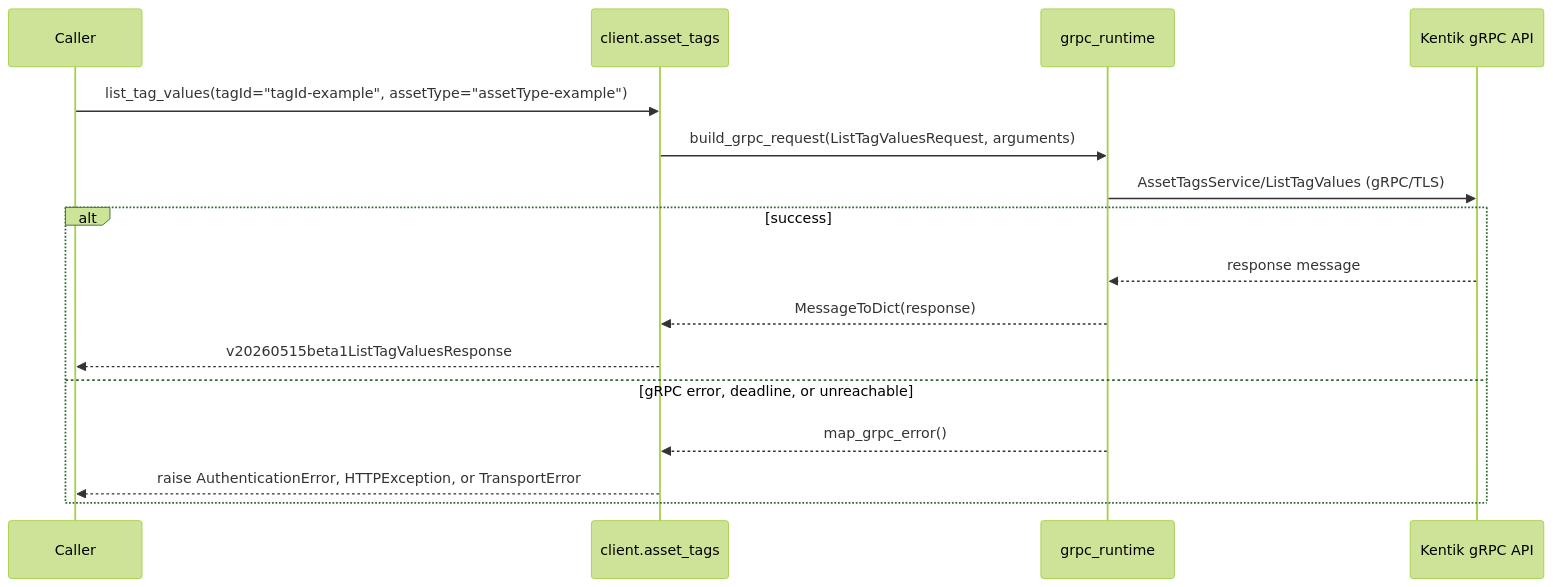
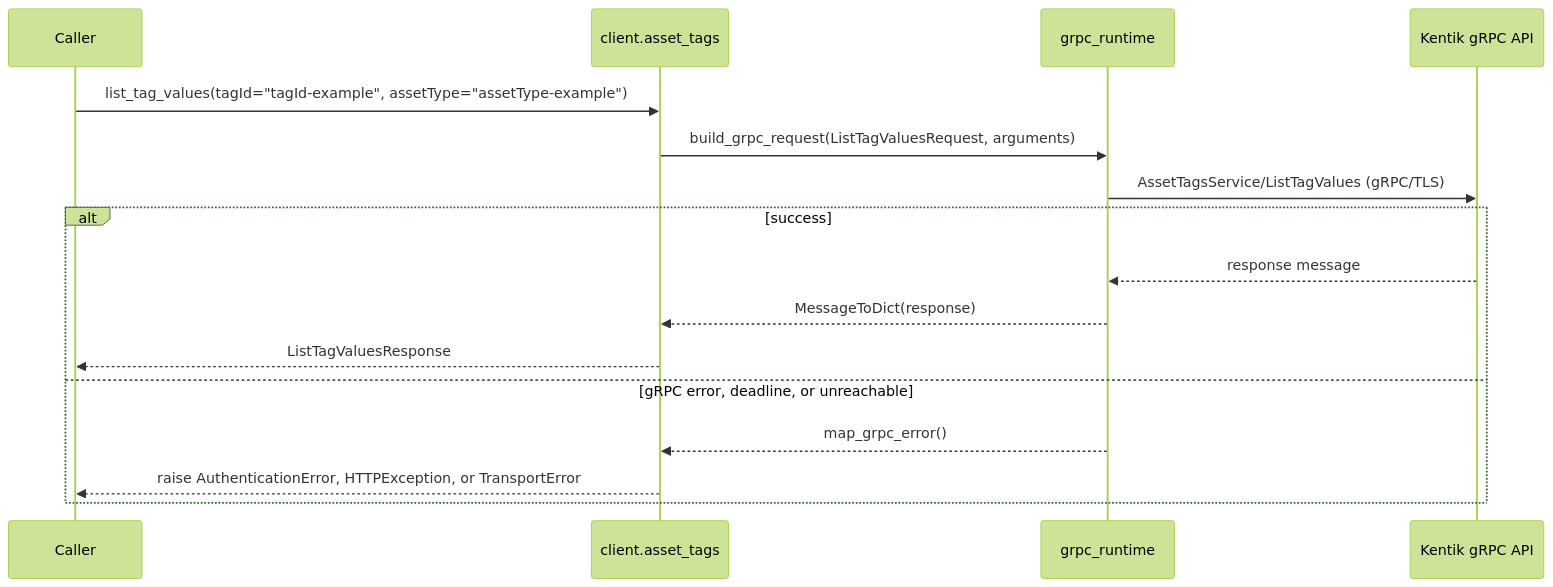
Diagram 15 of 20 in docs/sphinx/services/asset_tags.md (alexdearaujo/community_sdk_python), drawn with Mermaid (forest theme) before and after one commit. The commit also changed other lines of this file and 38 other files, not shown here.

````diff
--- a/docs/sphinx/services/asset_tags.md
+++ b/docs/sphinx/services/asset_tags.md
@@ -511,19 +511,19 @@
 ```mermaid
 sequenceDiagram
     participant C as Caller
     participant W as client.asset_tags
     participant R as grpc_runtime
     participant API as Kentik gRPC API
 
     C->>W: list_tag_values(tagId="tagId-example", assetType="assetType-example")
     W->>R: build_grpc_request(ListTagValuesRequest, arguments)
     R->>API: AssetTagsService/ListTagValues (gRPC/TLS)
     alt success
         API-->>R: response message
         R-->>W: MessageToDict(response)
-        W-->>C: v20260515beta1ListTagValuesResponse
+        W-->>C: ListTagValuesResponse
     else gRPC error, deadline, or unreachable
         R-->>W: map_grpc_error()
         W-->>C: raise AuthenticationError, HTTPException, or TransportError
     end
 ```
````
